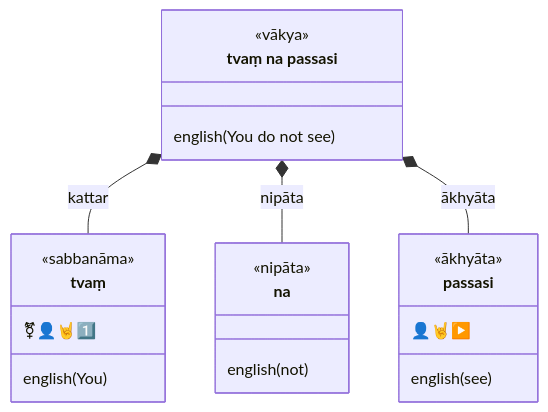
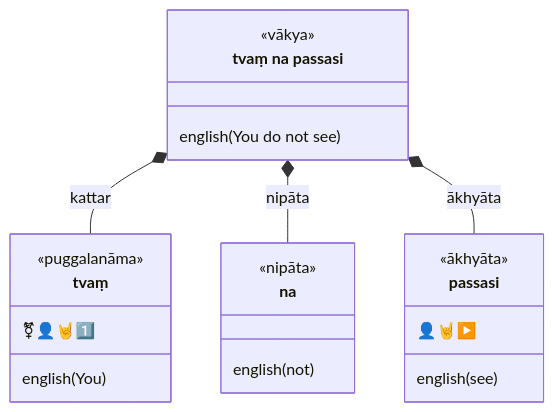
Before and after one commit to ChristineTham/buddhavacana: diagram 15 of 60 in content/en/docs/Pali/sentences.md, drawn with Mermaid. The commit also changed other lines of this file and 3 other files, not shown here.

````diff
--- a/content/en/docs/Pali/sentences.md
+++ b/content/en/docs/Pali/sentences.md
@@ -494,24 +494,24 @@
 ```mermaid
 classDiagram
   class sentence["tvaṃ na passasi"] {
     <<vākya>>
     english(You do not see)
   }
   class tvaṃ {
-    <<sabbanāma>>
+    <<puggalanāma>>
     ⚧👤🤘1️⃣
     english(You)
   }
   class na {
     <<nipāta>>
     english(not)
   }
   class passasi {
     <<ākhyāta>>
      👤🤘▶️
     english(see)
   }
   sentence *-- tvaṃ : kattar
   sentence *-- na : nipāta
   sentence *-- passasi: ākhyāta
 ```
````
